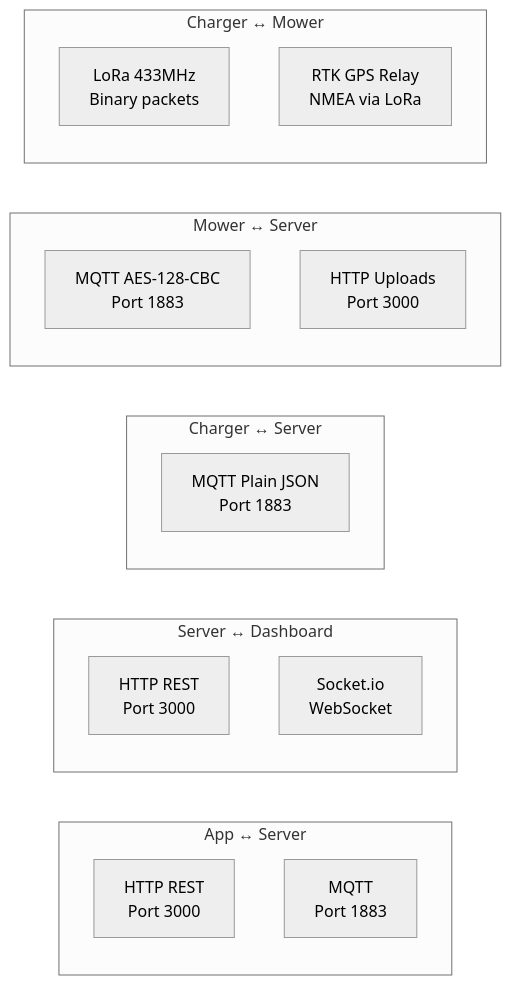
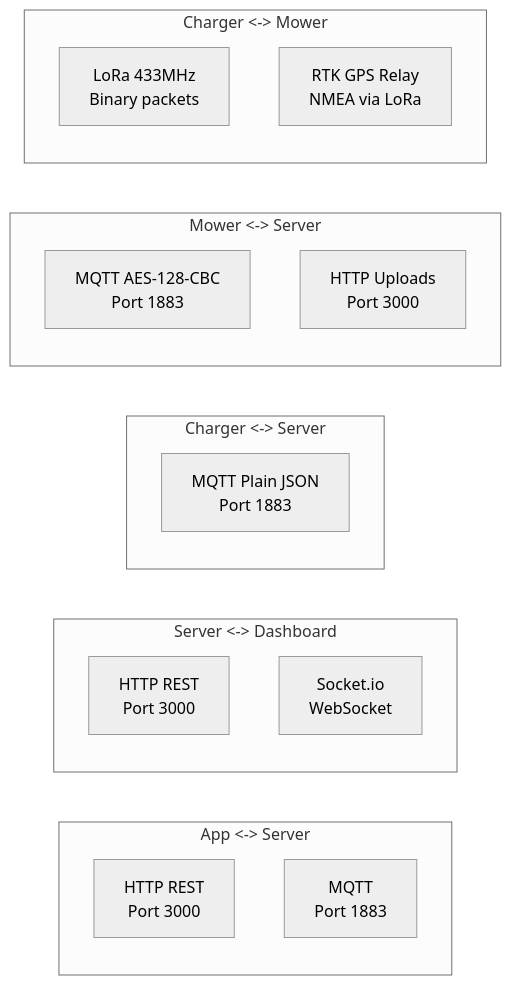
The second of 2 diagrams in docs/architecture/overview.md (rvbcrs/Novabot), drawn with Mermaid (neutral theme) before and after one commit. The commit also changed other lines of this file and 72 other files, not shown here.

````diff
--- a/docs/architecture/overview.md
+++ b/docs/architecture/overview.md
@@ -44,26 +55,26 @@
 ```mermaid
 graph LR
-    subgraph "App ↔ Server"
+    subgraph "App <-> Server"
         A1[HTTP REST<br/>Port 3000]
         A2[MQTT<br/>Port 1883]
     end
 
-    subgraph "Server ↔ Dashboard"
+    subgraph "Server <-> Dashboard"
         B1[HTTP REST<br/>Port 3000]
         B2[Socket.io<br/>WebSocket]
     end
 
-    subgraph "Charger ↔ Server"
+    subgraph "Charger <-> Server"
         C1[MQTT Plain JSON<br/>Port 1883]
     end
 
-    subgraph "Mower ↔ Server"
+    subgraph "Mower <-> Server"
         D1[MQTT AES-128-CBC<br/>Port 1883]
         D2[HTTP Uploads<br/>Port 3000]
     end
 
-    subgraph "Charger ↔ Mower"
+    subgraph "Charger <-> Mower"
         E1[LoRa 433MHz<br/>Binary packets]
         E2[RTK GPS Relay<br/>NMEA via LoRa]
     end
 ```
````
